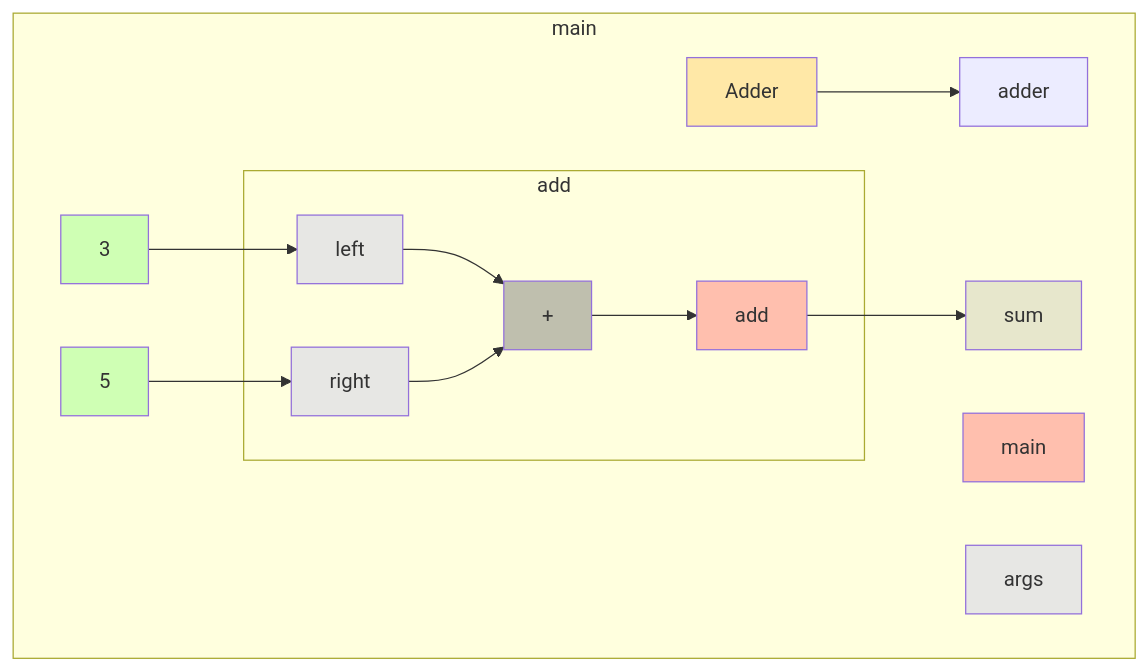
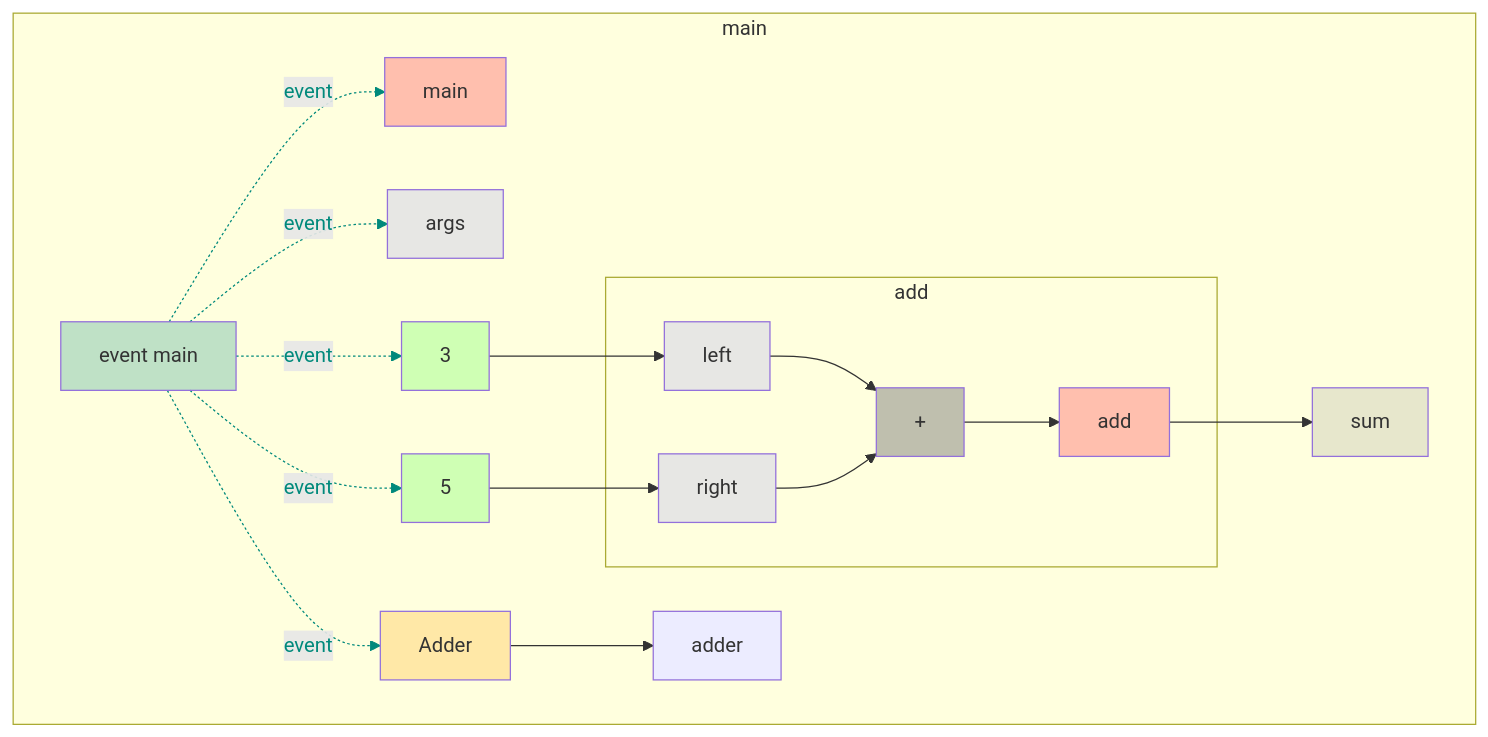
Before and after one commit to gstiebler/codeflow: the diagram in app/src/test/resources/subpackage/snapshot.md, drawn with Mermaid. The commit also changed 77 other files, not shown here.

````diff
--- a/app/src/test/resources/subpackage/snapshot.md
+++ b/app/src/test/resources/subpackage/snapshot.md
@@ -1,32 +1,44 @@
 ```mermaid
 flowchart TD
   subgraph b0["main"]
-    n1[main]:::RETURN
-    n2[args]:::FUNC_PARAM
-    n3[Adder]:::EXTERNAL
-    n4[adder]:::OBJ_VARIABLE
-    n5[3]:::LITERAL
-    n6[5]:::LITERAL
-    n12[sum]:::VARIABLE
-    n3[Adder]:::EXTERNAL --> n4[adder]:::OBJ_VARIABLE
-    n5[3]:::LITERAL --> n9[left]:::FUNC_PARAM
-    n6[5]:::LITERAL --> n10[right]:::FUNC_PARAM
-    n8[add]:::RETURN --> n12[sum]:::VARIABLE
-    subgraph b7["add"]
-      n8[add]:::RETURN
-      n9[left]:::FUNC_PARAM
-      n10[right]:::FUNC_PARAM
-      n11[+]:::BIN_OP
-      n9[left]:::FUNC_PARAM --> n11[+]:::BIN_OP
-      n10[right]:::FUNC_PARAM --> n11[+]:::BIN_OP
-      n11[+]:::BIN_OP --> n8[add]:::RETURN
+    n1[event main]:::EVENT
+    n2[main]:::RETURN
+    n3[args]:::FUNC_PARAM
+    n4[Adder]:::EXTERNAL
+    n5[adder]:::OBJ_VARIABLE
+    n6[3]:::LITERAL
+    n7[5]:::LITERAL
+    n13[sum]:::VARIABLE
+    n1[event main]:::EVENT -. event .-> n2[main]:::RETURN
+    n1[event main]:::EVENT -. event .-> n3[args]:::FUNC_PARAM
+    n1[event main]:::EVENT -. event .-> n4[Adder]:::EXTERNAL
+    n1[event main]:::EVENT -. event .-> n6[3]:::LITERAL
+    n1[event main]:::EVENT -. event .-> n7[5]:::LITERAL
+    n4[Adder]:::EXTERNAL --> n5[adder]:::OBJ_VARIABLE
+    n6[3]:::LITERAL --> n10[left]:::FUNC_PARAM
+    n7[5]:::LITERAL --> n11[right]:::FUNC_PARAM
+    n9[add]:::RETURN --> n13[sum]:::VARIABLE
+    subgraph b8["add"]
+      n9[add]:::RETURN
+      n10[left]:::FUNC_PARAM
+      n11[right]:::FUNC_PARAM
+      n12[+]:::BIN_OP
+      n10[left]:::FUNC_PARAM --> n12[+]:::BIN_OP
+      n11[right]:::FUNC_PARAM --> n12[+]:::BIN_OP
+      n12[+]:::BIN_OP --> n9[add]:::RETURN
     end
   end
+  linkStyle 0 stroke:#00897b,color:#00897b
+  linkStyle 1 stroke:#00897b,color:#00897b
+  linkStyle 2 stroke:#00897b,color:#00897b
+  linkStyle 3 stroke:#00897b,color:#00897b
+  linkStyle 4 stroke:#00897b,color:#00897b
   classDef LITERAL fill:#00FF0030
   classDef VARIABLE fill:#80808030
   classDef BIN_OP fill:#80808080
   classDef FUNC_PARAM fill:#8080FF30
   classDef RETURN fill:#FF808080
   classDef EXTERNAL fill:#FFA50040
   classDef UNMODELLED fill:#FF000030,stroke-dasharray: 4 2
+  classDef EVENT fill:#00897B40
 ```
````
